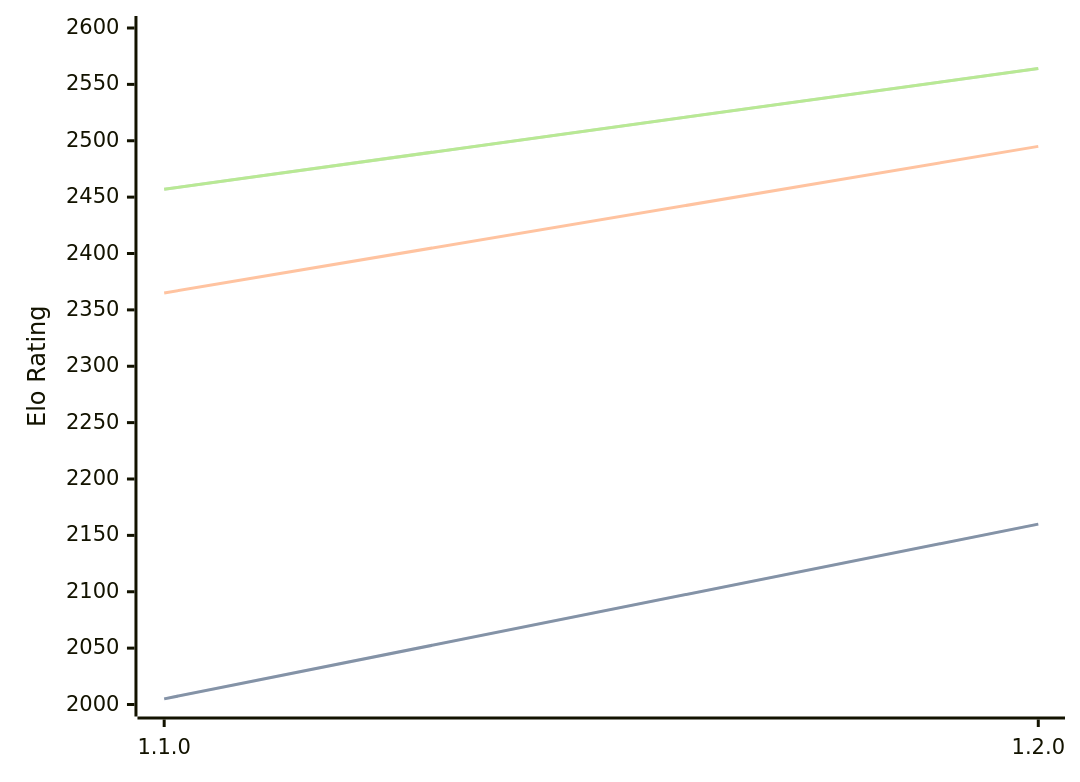
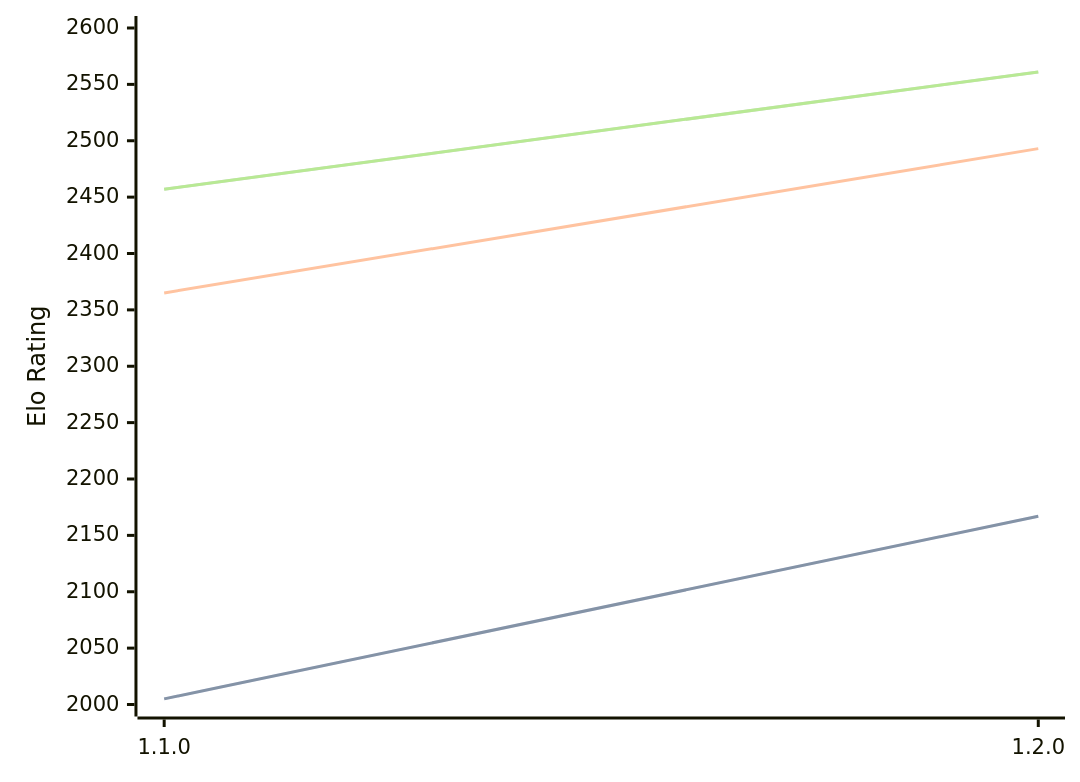
Before and after one commit to computer-chess-index/cci: the diagram in engines/Gyatso.md, drawn with Mermaid. The commit also changed other lines of this file, not shown here.

Commit message:
Update CCI Ratings (ELO VLTC) - 2026-03-05

````diff
--- a/engines/Gyatso.md
+++ b/engines/Gyatso.md
@@ -31,11 +31,11 @@
 ```mermaid
 %%{init: {"theme":"base","themeVariables":{"seriesColors:['#a3a3a3','#222221','#faa371']}}}%%
 xychart-beta
   x-axis ["1.1.0", "1.2.0"]
   y-axis "Elo Rating" 2000 --> 2600
-  line "STC (8.0+0.08s)" [2005, 2160]
-  line "STC (8.0+0.08s)" [2005, 2160]
-  line "LTC (60.0+0.60s)" [2365, 2495]
-  line "VLTC (2m24s+1.12s)" [2457, 2564]
-  line "VLTC (2m24s+1.12s)" [2457, 2564]
+  line "STC (8.0+0.08s)" [2005, 2167]
+  line "STC (8.0+0.08s)" [2005, 2167]
+  line "LTC (60.0+0.60s)" [2365, 2493]
+  line "VLTC (2m24s+1.12s)" [2457, 2561]
+  line "VLTC (2m24s+1.12s)" [2457, 2561]
 ```
````
